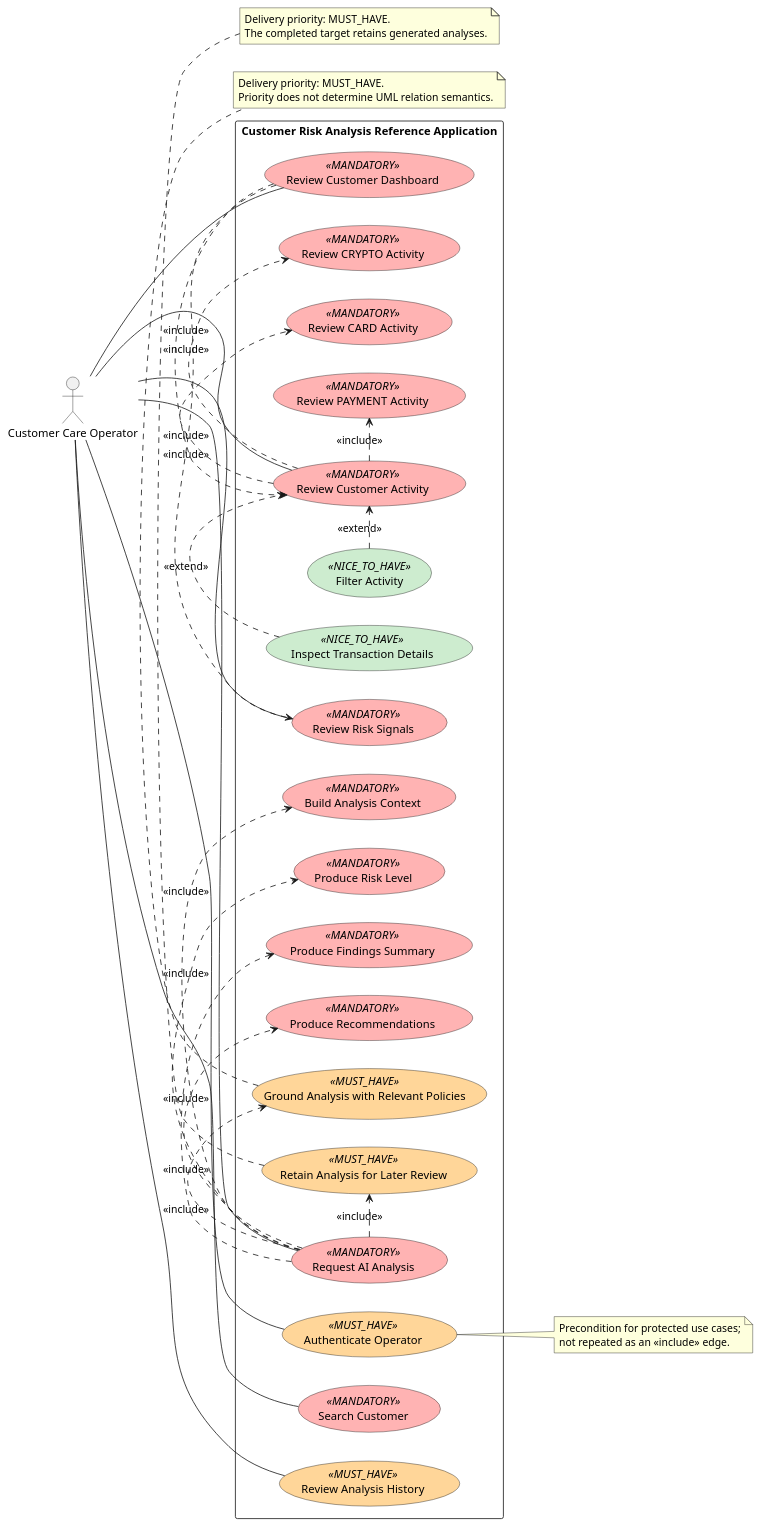
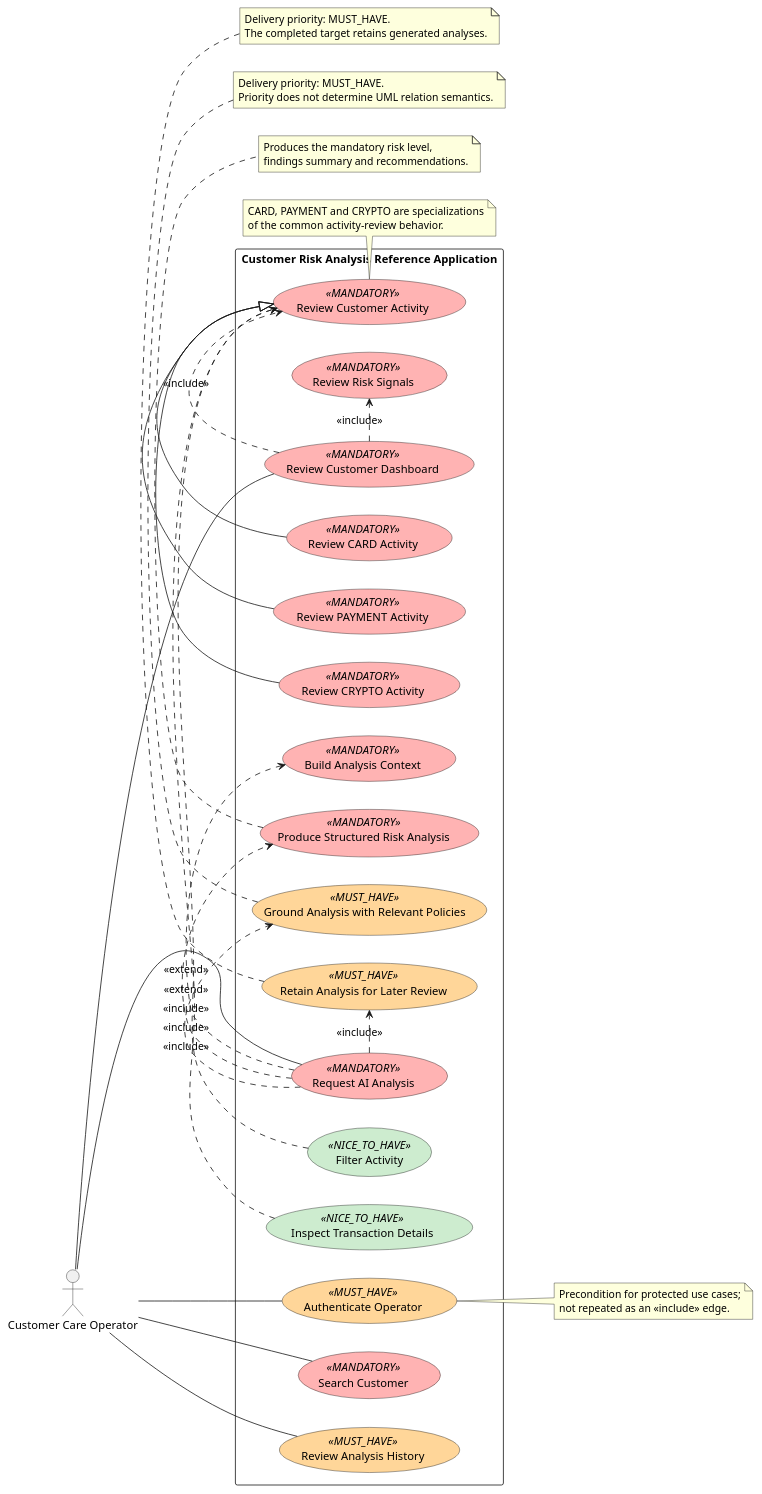
Before and after one commit to jdoe-dev-159753/specgraph-reference-app: the diagram in docs/assignment/Inception/diagrams/inception-functional-use-cases.puml, drawn with PlantUML.

Commit message:
docs: factor functional use-case behavior

```diff
--- a/docs/assignment/Inception/diagrams/inception-functional-use-cases.puml
+++ b/docs/assignment/Inception/diagrams/inception-functional-use-cases.puml
@@ -1,68 +1,78 @@
 @startuml
 left to right direction
 actor "Customer Care Operator" as Operator
 
 skinparam usecase {
   BackgroundColor<<MANDATORY>> #FFB3B3
   BackgroundColor<<MUST_HAVE>> #FFD699
   BackgroundColor<<NICE_TO_HAVE>> #CDECCF
 }
 
 rectangle "Customer Risk Analysis Reference Application" as SystemBoundary {
   usecase "Authenticate Operator" as UC_Auth <<MUST_HAVE>>
   usecase "Search Customer" as UC_Search <<MANDATORY>>
   usecase "Review Customer Dashboard" as UC_Dashboard <<MANDATORY>>
+
   usecase "Review Customer Activity" as UC_Activity <<MANDATORY>>
   usecase "Review CARD Activity" as UC_Card <<MANDATORY>>
   usecase "Review PAYMENT Activity" as UC_Payment <<MANDATORY>>
   usecase "Review CRYPTO Activity" as UC_Crypto <<MANDATORY>>
   usecase "Review Risk Signals" as UC_Risk <<MANDATORY>>
+
   usecase "Request AI Analysis" as UC_AI <<MANDATORY>>
   usecase "Build Analysis Context" as UC_Context <<MANDATORY>>
-  usecase "Produce Risk Level" as UC_Level <<MANDATORY>>
-  usecase "Produce Findings Summary" as UC_Findings <<MANDATORY>>
-  usecase "Produce Recommendations" as UC_Recommendations <<MANDATORY>>
+  usecase "Produce Structured Risk Analysis" as UC_Assessment <<MANDATORY>>
   usecase "Ground Analysis with Relevant Policies" as UC_Grounded <<MUST_HAVE>>
   usecase "Retain Analysis for Later Review" as UC_Retain <<MUST_HAVE>>
   usecase "Review Analysis History" as UC_History <<MUST_HAVE>>
+
   usecase "Filter Activity" as UC_Filter <<NICE_TO_HAVE>>
   usecase "Inspect Transaction Details" as UC_Detail <<NICE_TO_HAVE>>
 
   UC_Dashboard .> UC_Activity : <<include>>
   UC_Dashboard .> UC_Risk : <<include>>
-  UC_Activity .> UC_Card : <<include>>
-  UC_Activity .> UC_Payment : <<include>>
-  UC_Activity .> UC_Crypto : <<include>>
+
+  UC_Card -|> UC_Activity
+  UC_Payment -|> UC_Activity
+  UC_Crypto -|> UC_Activity
+
   UC_AI .> UC_Context : <<include>>
-  UC_AI .> UC_Level : <<include>>
-  UC_AI .> UC_Findings : <<include>>
-  UC_AI .> UC_Recommendations : <<include>>
+  UC_AI .> UC_Assessment : <<include>>
   UC_AI .> UC_Grounded : <<include>>
   UC_AI .> UC_Retain : <<include>>
+
   UC_Filter .> UC_Activity : <<extend>>
   UC_Detail .> UC_Activity : <<extend>>
 }
 
 Operator -- UC_Auth
 Operator -- UC_Search
 Operator -- UC_Dashboard
-Operator -- UC_Activity
-Operator -- UC_Risk
 Operator -- UC_AI
 Operator -- UC_History
 
 note right of UC_Auth
   Precondition for protected use cases;
   not repeated as an <<include>> edge.
+end note
+
+note bottom of UC_Activity
+  CARD, PAYMENT and CRYPTO are specializations
+  of the common activity-review behavior.
+end note
+
+note bottom of UC_Assessment
+  Produces the mandatory risk level,
+  findings summary and recommendations.
 end note
 
 note bottom of UC_Grounded
   Delivery priority: MUST_HAVE.
   Priority does not determine UML relation semantics.
 end note
 
 note bottom of UC_Retain
   Delivery priority: MUST_HAVE.
   The completed target retains generated analyses.
 end note
 @enduml
```
